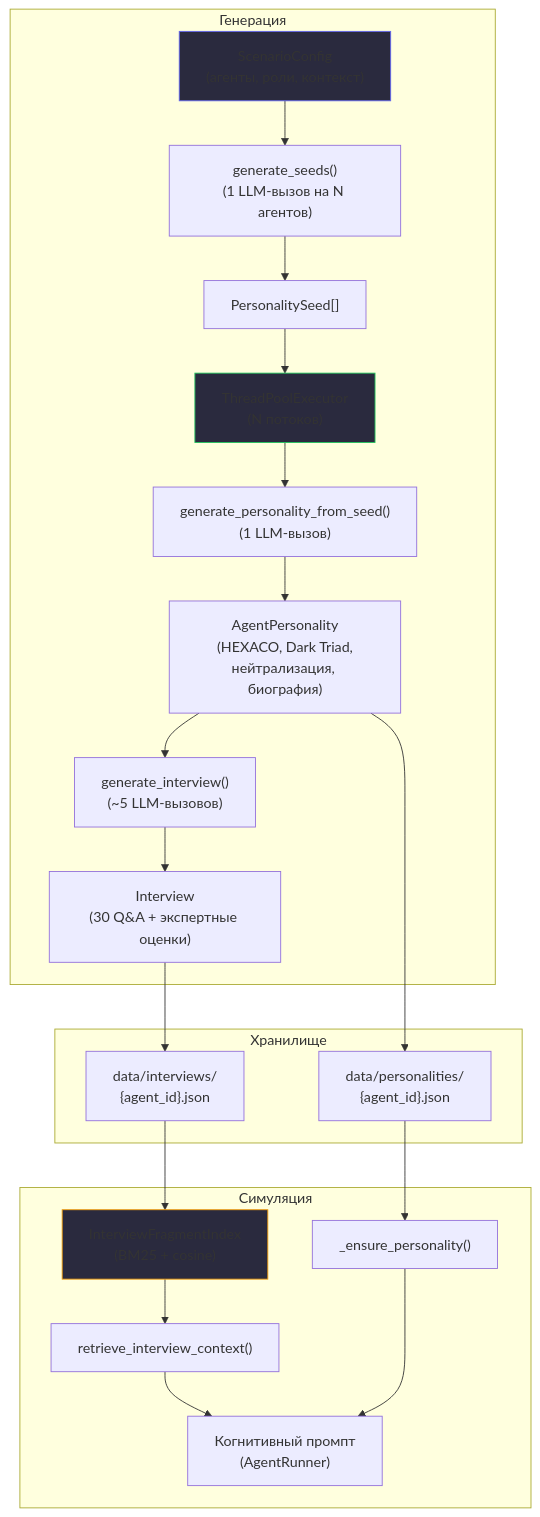
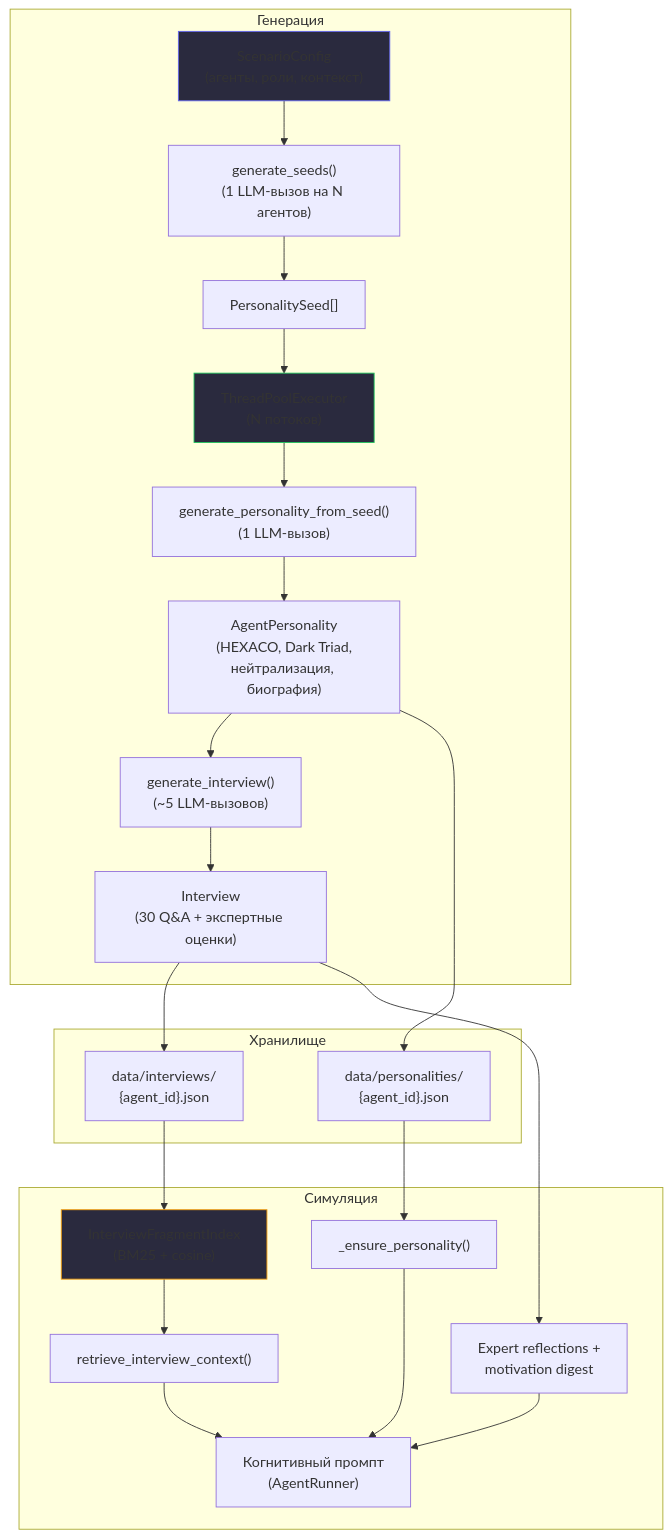
Before and after one commit to gliseop/SPHERE: the diagram in docs/persona_interview_design.md, drawn with Mermaid. The commit also changed other lines of this file and 20 other files, not shown here.

````diff
--- a/docs/persona_interview_design.md
+++ b/docs/persona_interview_design.md
@@ -27,29 +36,31 @@
 ```mermaid
 flowchart TD
     subgraph Генерация
         A["ScenarioConfig<br/>(агенты, роли, контекст)"] --> B["generate_seeds()<br/>(1 LLM-вызов на N агентов)"]
         B --> C["PersonalitySeed[]"]
         C --> D["ThreadPoolExecutor<br/>(N потоков)"]
         D --> E["generate_personality_from_seed()<br/>(1 LLM-вызов)"]
         E --> F["AgentPersonality<br/>(HEXACO, Dark Triad,<br/>нейтрализация, биография)"]
         F --> G["generate_interview()<br/>(~5 LLM-вызовов)"]
         G --> H["Interview<br/>(30 Q&A + экспертные оценки)"]
     end
 
     subgraph Хранилище
         F --> I["data/personalities/<br/>{agent_id}.json"]
         H --> J["data/interviews/<br/>{agent_id}.json"]
     end
 
     subgraph Симуляция
         J --> K["InterviewFragmentIndex<br/>(BM25 + cosine)"]
+        H --> R["Expert reflections +<br/>motivation digest"]
         K --> L["retrieve_interview_context()"]
         L --> M["Когнитивный промпт<br/>(AgentRunner)"]
+        R --> M
         I --> N["_ensure_personality()"]
         N --> M
     end
 
     style A fill:#2a2a3e,stroke:#6366f1
     style D fill:#2a2a3e,stroke:#22c55e
     style K fill:#2a2a3e,stroke:#f59e0b
 ```
````
